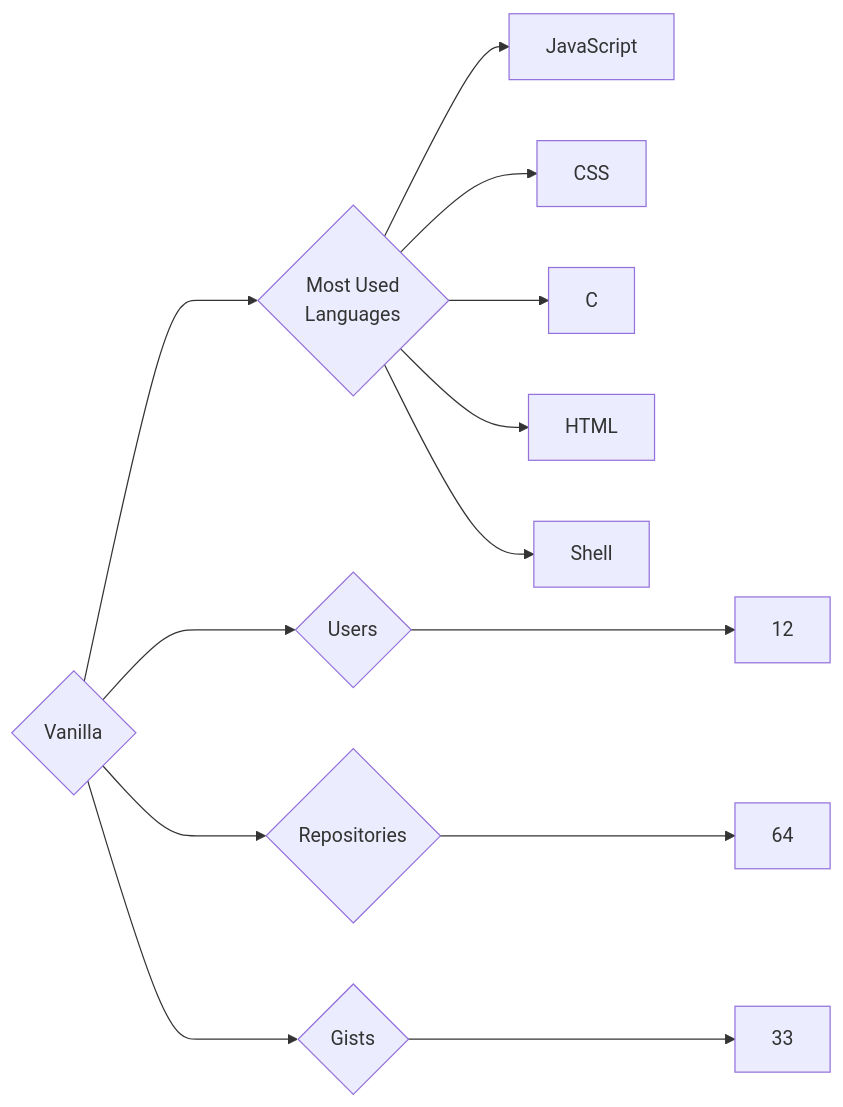
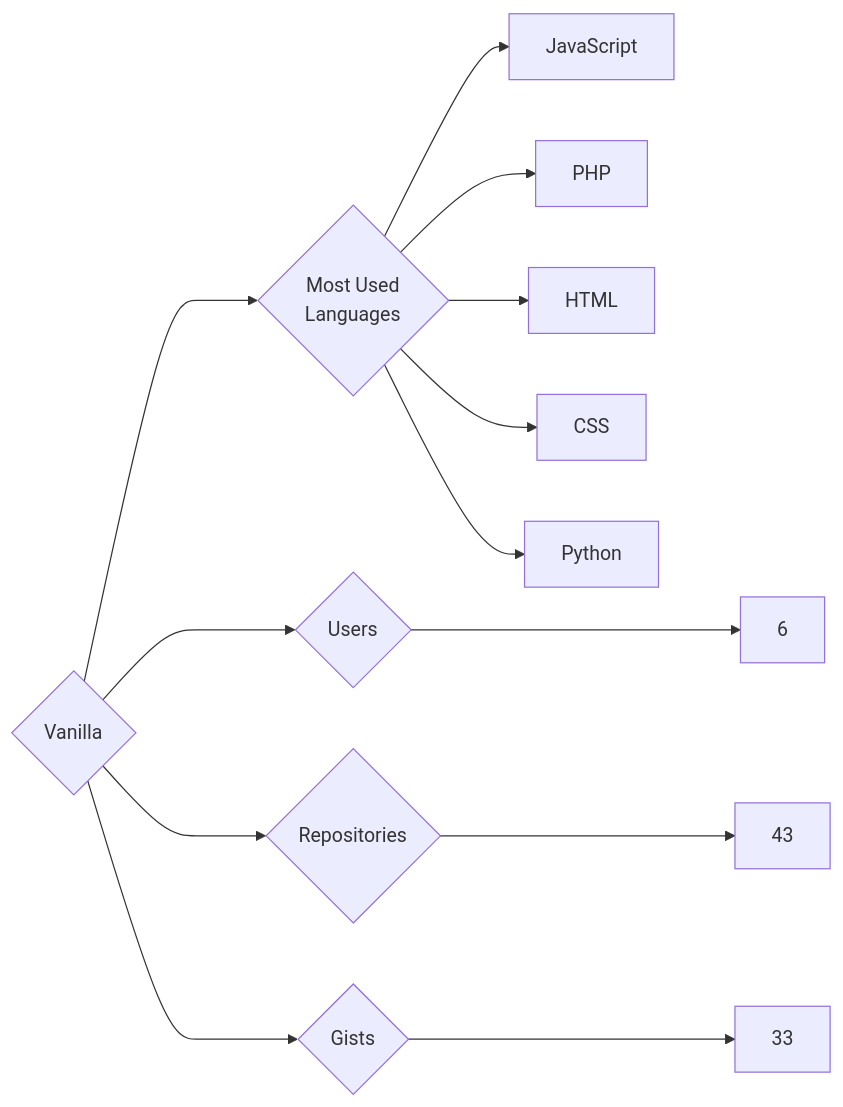
One commit to trickest/insiders changed the diagram in targets/Vanilla/README.md. Above: the diagram before and after it, drawn with Mermaid. The commit also changed 1248 other files, not shown here.

````diff
--- a/targets/Vanilla/README.md
+++ b/targets/Vanilla/README.md
@@ -3,13 +3,13 @@
 ```mermaid
 graph LR
 COMPANY_NAME{Vanilla}
-COMPANY_NAME ---> U{Users} ---> UN[12]
-COMPANY_NAME ---> R{Repositories} ---> RN[64]
+COMPANY_NAME ---> U{Users} ---> UN[6]
+COMPANY_NAME ---> R{Repositories} ---> RN[43]
 COMPANY_NAME ---> G{Gists} ---> GN[33]
 COMPANY_NAME ---> ML{Most Used<br>Languages}
 ML --> JavaScript[JavaScript]
+ML --> PHP[PHP]
+ML --> HTML[HTML]
 ML --> CSS[CSS]
-ML --> C[C]
-ML --> HTML[HTML]
-ML --> Shell[Shell]
+ML --> Python[Python]
 ```
````
